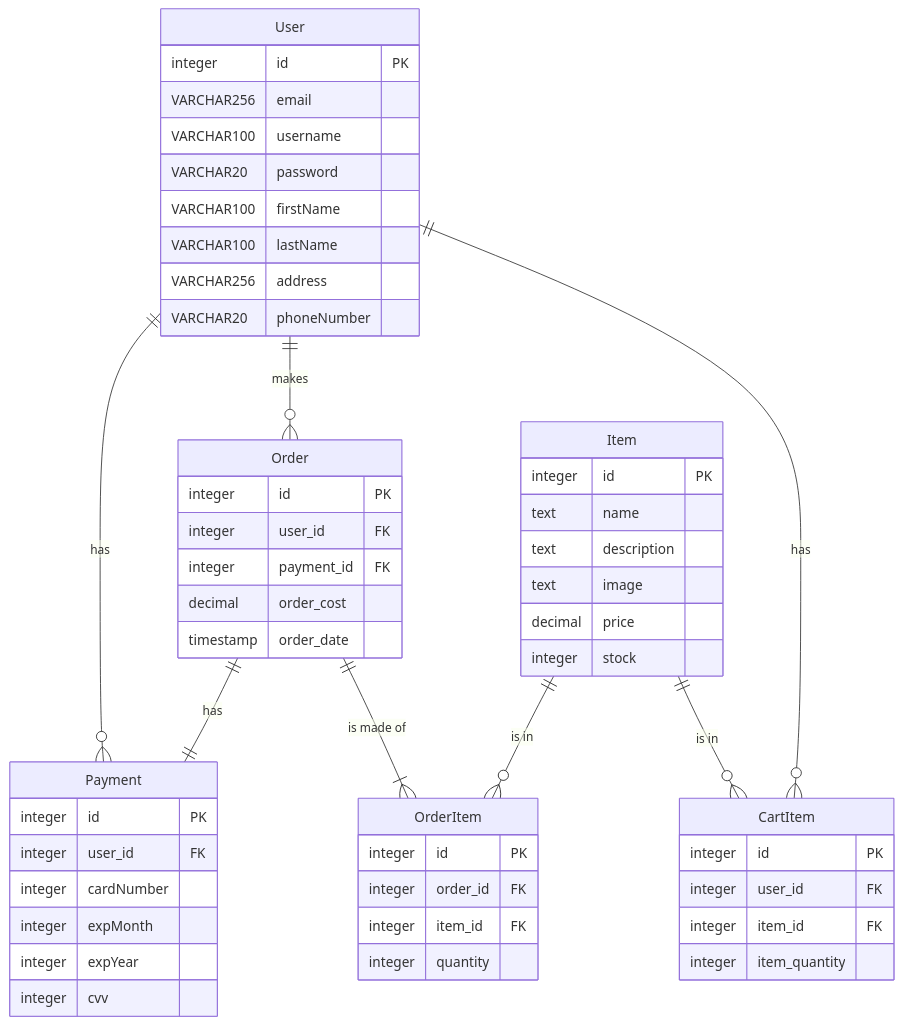
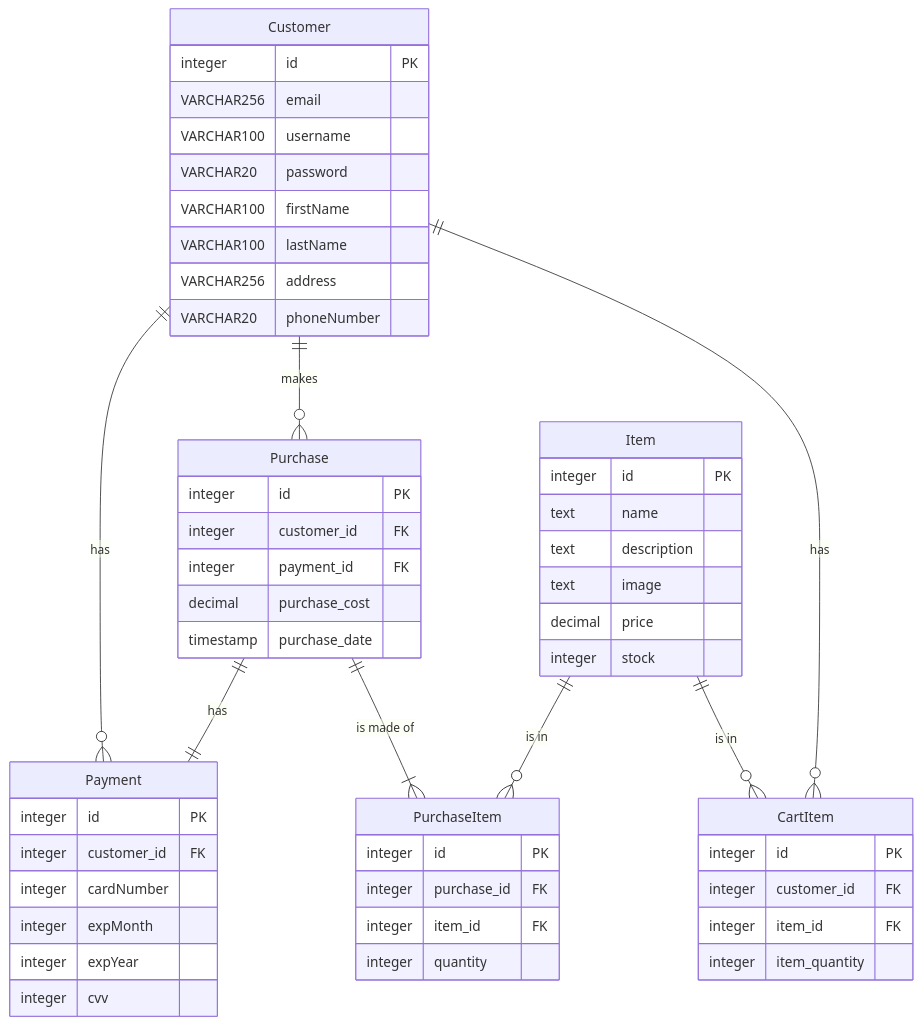
The diagram in ecommerce/erd.md (vulnerability-shop/documentation), drawn with Mermaid before and after one commit.

Commit message:
Fix attribute names in ERD

````diff
--- a/ecommerce/erd.md
+++ b/ecommerce/erd.md
@@ -3,63 +3,63 @@
 ```mermaid
 %%{init: { 'theme': 'default' } }%%
 
 erDiagram
-    User || -- }o Payment : "has"
-    User || -- }o Order  : "makes"
-    Order || -- || Payment : "has"
-    Order || -- }| OrderItem : "is made of"
-    Item || -- }o OrderItem : "is in"
+    Customer || -- }o Payment : "has"
+    Customer || -- }o Purchase  : "makes"
+    Purchase || -- || Payment : "has"
+    Purchase || -- }| PurchaseItem : "is made of"
+    Item || -- }o PurchaseItem : "is in"
     Item || -- }o CartItem : "is in"
-    User || -- }o CartItem : "has"
+    Customer || -- }o CartItem : "has"
 
-    User {
+    Customer {
         integer id PK
         VARCHAR256 email
         VARCHAR100 username
         VARCHAR20 password
         VARCHAR100 firstName
         VARCHAR100 lastName
         VARCHAR256 address
         VARCHAR20 phoneNumber
     }
 
     Payment {
         integer id PK
-        integer user_id FK
+        integer customer_id FK
         integer cardNumber
         integer expMonth
         integer expYear
         integer cvv
     }
 
     Item {
         integer id PK
         text name
         text description
         text image
         decimal price
         integer stock
     }
 
     CartItem {
         integer id PK
-        integer user_id FK
+        integer customer_id FK
         integer item_id FK
         integer item_quantity
     }
 
-    Order {
+    Purchase {
         integer id PK
-        integer user_id FK
+        integer customer_id FK
         integer payment_id FK
-        decimal order_cost
-        timestamp order_date
+        decimal purchase_cost
+        timestamp purchase_date
     }
 
-    OrderItem {
+    PurchaseItem {
         integer id PK
-        integer order_id FK
+        integer purchase_id FK
         integer item_id FK
         integer quantity
     }
 ```
````
